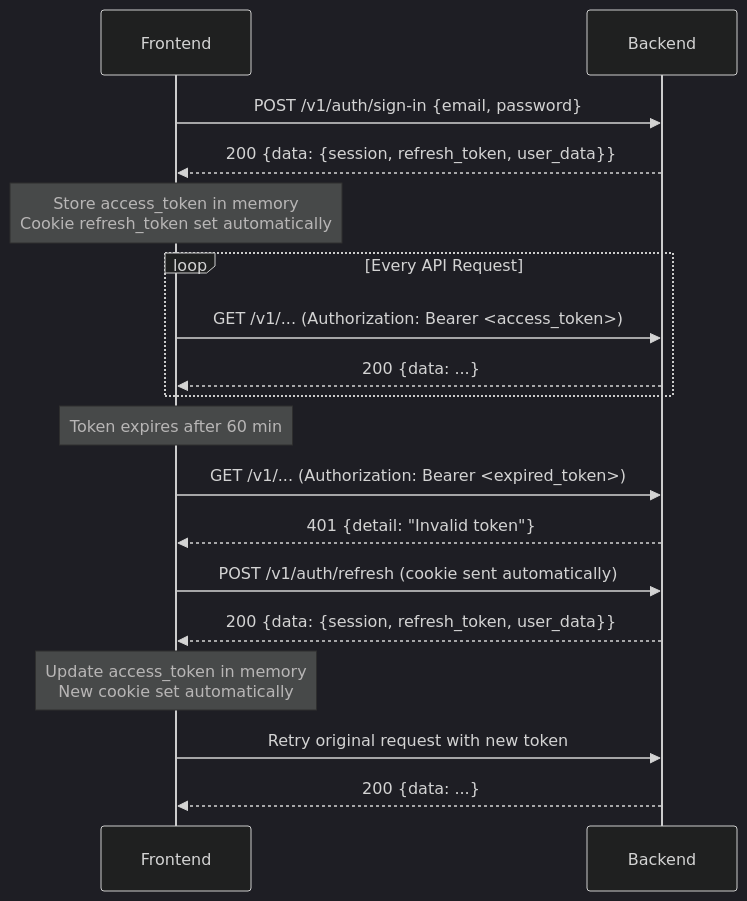
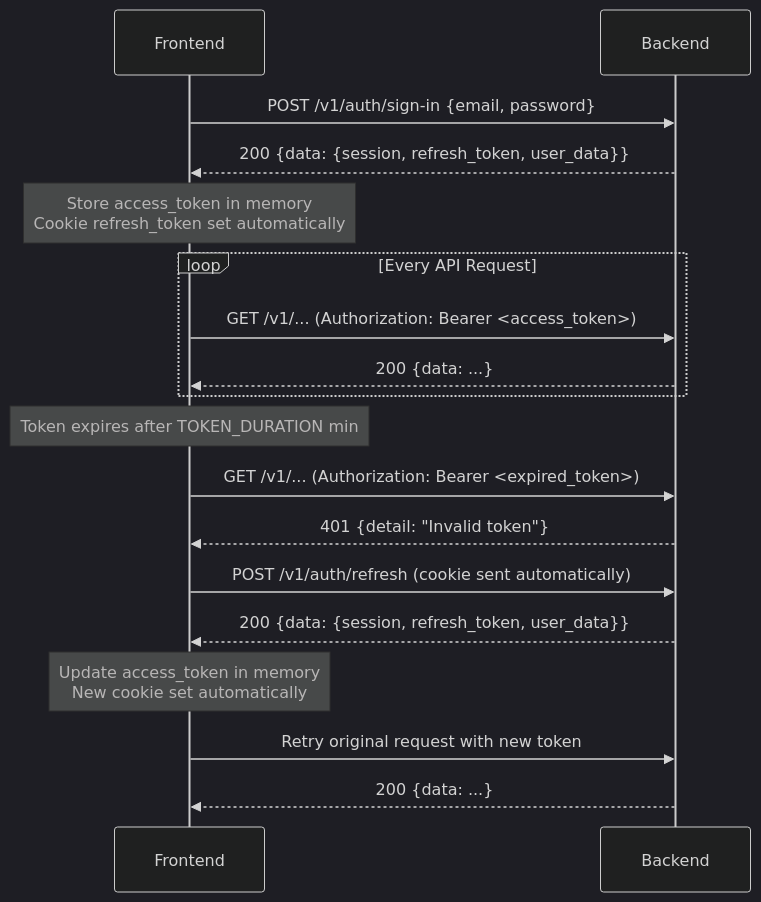
The first of 3 diagrams in docs/AUTH_TOKEN_FRONTEND_GUIDE.md (roilanlg05/GT360), drawn with Mermaid (dark theme) before and after one commit. The commit also changed other lines of this file and 19 other files, not shown here.

````diff
--- a/docs/AUTH_TOKEN_FRONTEND_GUIDE.md
+++ b/docs/AUTH_TOKEN_FRONTEND_GUIDE.md
@@ -18,25 +18,25 @@
 ```mermaid
 sequenceDiagram
     participant C as Frontend
     participant B as Backend
 
     C->>B: POST /v1/auth/sign-in {email, password}
     B-->>C: 200 {data: {session, refresh_token, user_data}}
     Note over C: Store access_token in memory<br/>Cookie refresh_token set automatically
 
     loop Every API Request
         C->>B: GET /v1/... (Authorization: Bearer <access_token>)
         B-->>C: 200 {data: ...}
     end
 
-    Note over C: Token expires after 60 min
+    Note over C: Token expires after TOKEN_DURATION min
     C->>B: GET /v1/... (Authorization: Bearer <expired_token>)
     B-->>C: 401 {detail: "Invalid token"}
 
     C->>B: POST /v1/auth/refresh (cookie sent automatically)
     B-->>C: 200 {data: {session, refresh_token, user_data}}
     Note over C: Update access_token in memory<br/>New cookie set automatically
 
     C->>B: Retry original request with new token
     B-->>C: 200 {data: ...}
 ```
````
